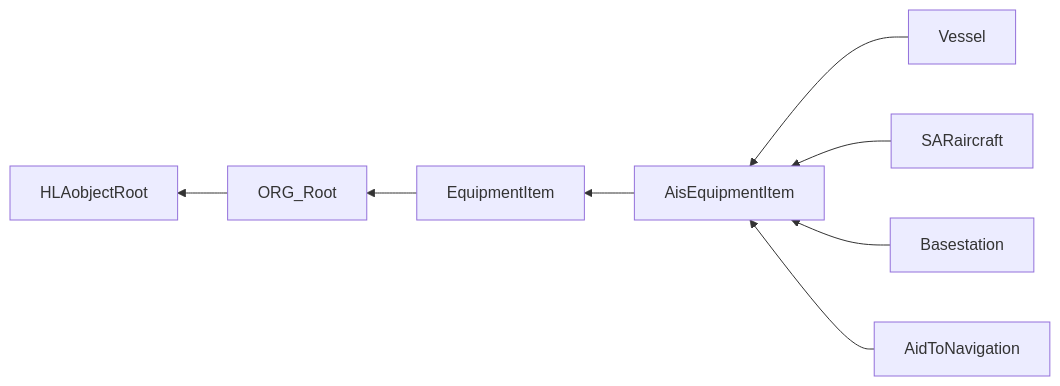
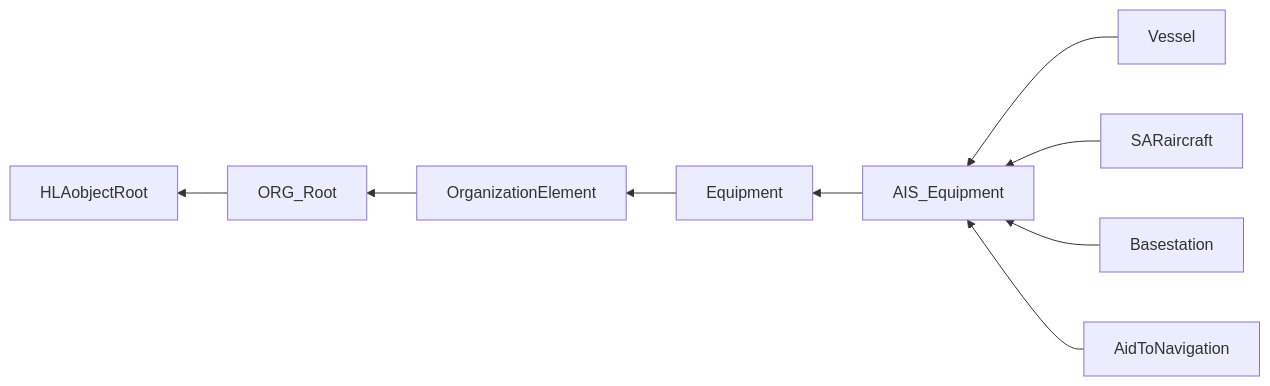
The first of 2 diagrams in NETN-AIS.md (AMSP-04/NETN-AIS), drawn with Mermaid before and after one commit. The commit also changed other lines of this file and 2 other files, not shown here.

````diff
--- a/NETN-AIS.md
+++ b/NETN-AIS.md
@@ -145,10 +145,11 @@
 ```mermaid
 graph RL
 ORG_Root-->HLAobjectRoot
-EquipmentItem-->ORG_Root
-AisEquipmentItem-->EquipmentItem
-Vessel-->AisEquipmentItem
-SARaircraft-->AisEquipmentItem
-Basestation-->AisEquipmentItem
-AidToNavigation-->AisEquipmentItem
+OrganizationElement-->ORG_Root
+Equipment-->OrganizationElement
+AIS_Equipment-->Equipment
+Vessel-->AIS_Equipment
+SARaircraft-->AIS_Equipment
+Basestation-->AIS_Equipment
+AidToNavigation-->AIS_Equipment
 ```
````
